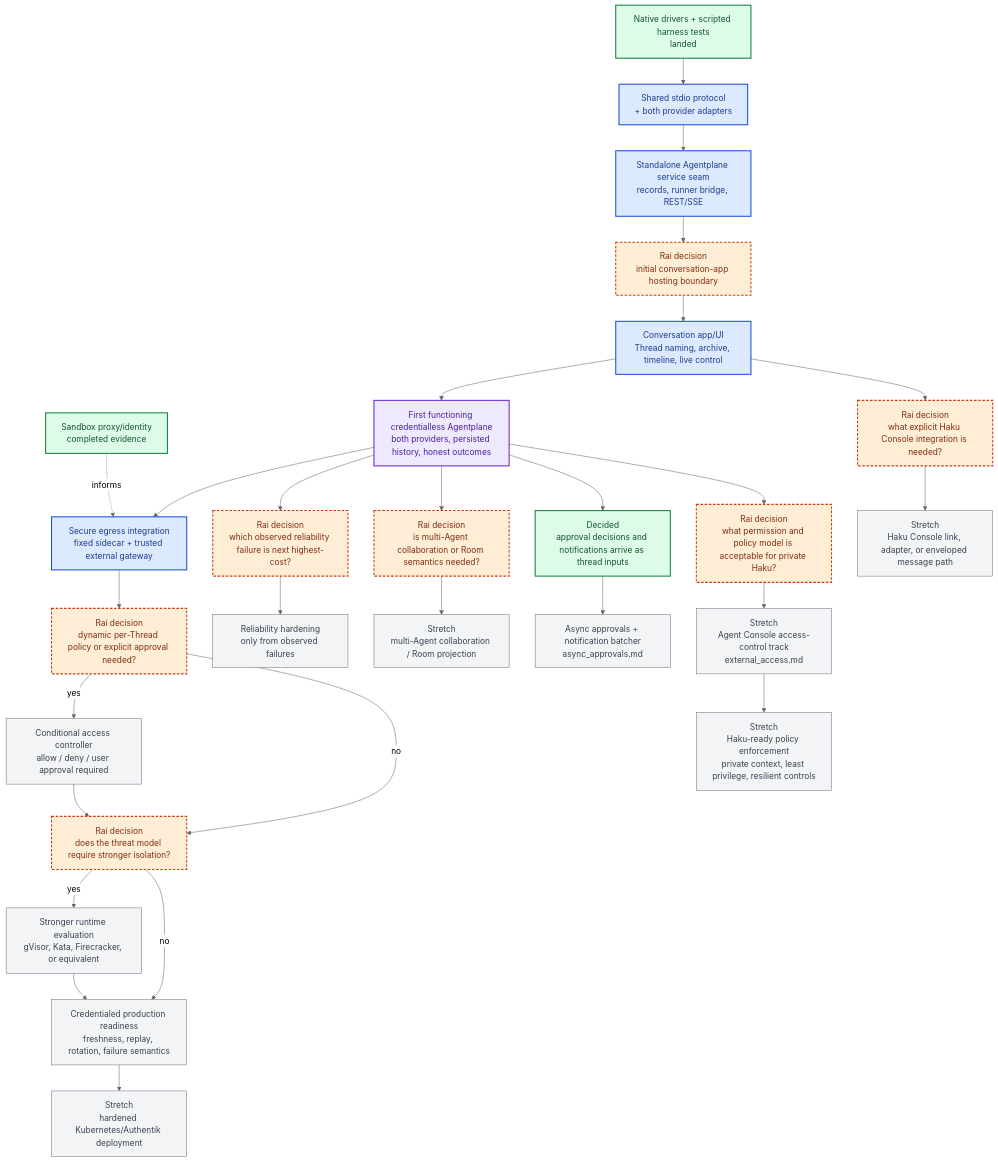
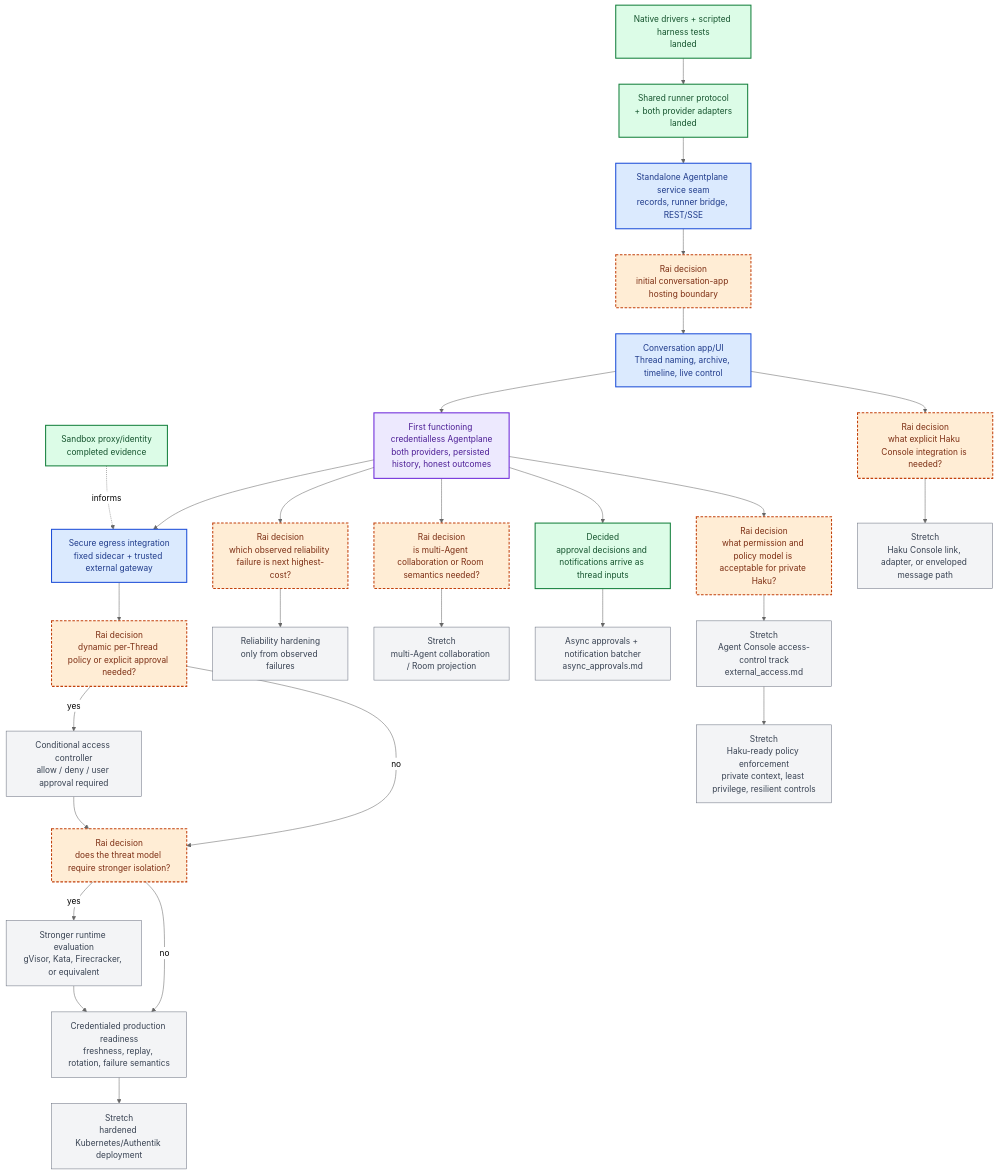
One commit to agentydragon-agent/ducktape changed the diagram in x/agentplane/plans/task_dag.md. Above: the diagram before and after it, drawn with Mermaid (neutral theme). The commit also changed other lines of this file and 39 other files, not shown here.

Commit message:
agentplane: runner protocol and service over both harnesses (#5400)

````diff
--- a/x/agentplane/plans/task_dag.md
+++ b/x/agentplane/plans/task_dag.md
@@ -31,51 +35,51 @@
 ```mermaid
 flowchart TB
     classDef completed fill:#dcfce7,stroke:#15803d,color:#14532d,stroke-width:2px
     classDef next fill:#dbeafe,stroke:#1d4ed8,color:#1e3a8a,stroke-width:2px
     classDef milestone fill:#ede9fe,stroke:#6d28d9,color:#4c1d95,stroke-width:2px
     classDef decision fill:#ffedd5,stroke:#c2410c,color:#7c2d12,stroke-width:2px,stroke-dasharray:5 3
     classDef future fill:#f3f4f6,stroke:#6b7280,color:#374151
 
     S0["Sandbox proxy/identity<br/>completed evidence"]:::completed
     A["Native drivers + scripted harness tests<br/>landed"]:::completed
-    B["Shared stdio protocol<br/>+ both provider adapters"]:::next
+    B["Shared runner protocol<br/>+ both provider adapters<br/>landed"]:::completed
     C["Standalone Agentplane service seam<br/>records, runner bridge, REST/SSE"]:::next
     D["Rai decision<br/>initial conversation-app hosting boundary"]:::decision
     E["Conversation app/UI<br/>Thread naming, archive, timeline, live control"]:::next
     F["First functioning credentialless Agentplane<br/>both providers, persisted history, honest outcomes"]:::milestone
 
     J["Secure egress integration<br/>fixed sidecar + trusted external gateway"]:::next
     P["Rai decision<br/>dynamic per-Thread policy or explicit approval needed?"]:::decision
     K["Conditional access controller<br/>allow / deny / user approval required"]:::future
     R["Rai decision<br/>does the threat model require stronger isolation?"]:::decision
     L["Credentialed production readiness<br/>freshness, replay, rotation, failure semantics"]:::future
     V["Stronger runtime evaluation<br/>gVisor, Kata, Firecracker, or equivalent"]:::future
 
     Q["Rai decision<br/>which observed reliability failure is next highest-cost?"]:::decision
     M["Reliability hardening<br/>only from observed failures"]:::future
 
     H["Rai decision<br/>is multi-Agent collaboration or Room semantics needed?"]:::decision
     N["Stretch<br/>multi-Agent collaboration / Room projection"]:::future
     X["Decided<br/>approval decisions and notifications arrive as thread inputs"]:::completed
     Y["Async approvals + notification batcher<br/>async_approvals.md"]:::future
     Z["Rai decision<br/>what explicit Haku Console integration is needed?"]:::decision
     U["Stretch<br/>Haku Console link, adapter, or enveloped message path"]:::future
     AA["Rai decision<br/>what permission and policy model is acceptable for private Haku?"]:::decision
     AB["Stretch<br/>Agent Console access-control track<br/>external_access.md"]:::future
     AC["Stretch<br/>Haku-ready policy enforcement<br/>private context, least privilege, resilient controls"]:::future
     W["Stretch<br/>hardened Kubernetes/Authentik deployment"]:::future
 
     A --> B --> C --> D --> E --> F
     F --> J --> P
     P -->|yes| K --> R
     P -->|no| R
     R -->|yes| V --> L
     R -->|no| L
     F --> Q --> M
     F --> H --> N
     F --> X --> Y
     E --> Z --> U
     F --> AA --> AB --> AC
     L --> W
     S0 -. informs .-> J
 ```
````
